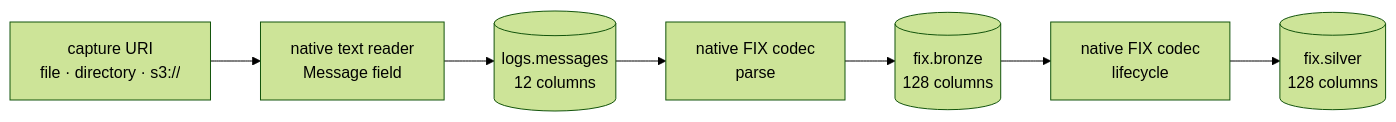
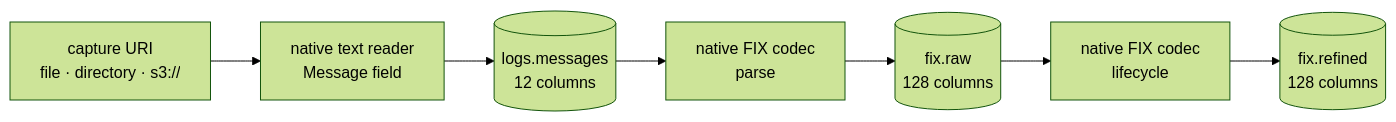
The diagram in docs/index.md (Platob/yggfin), drawn with Mermaid (forest theme) before and after one commit. The commit also changed other lines of this file and 1266 other files, not shown here.

````diff
--- a/docs/index.md
+++ b/docs/index.md
@@ -40,9 +40,9 @@
 ```mermaid
 flowchart LR
     S["capture URI<br/>file · directory · s3://"] --> T["native text reader<br/>Message field"]
     T --> M[("logs.messages<br/>12 columns")]
     M --> F["native FIX codec<br/>parse"]
-    F --> B[("fix.bronze<br/>128 columns")]
+    F --> B[("fix.raw<br/>128 columns")]
     B --> L["native FIX codec<br/>lifecycle"]
-    L --> O[("fix.silver<br/>128 columns")]
+    L --> O[("fix.refined<br/>128 columns")]
 ```
````
